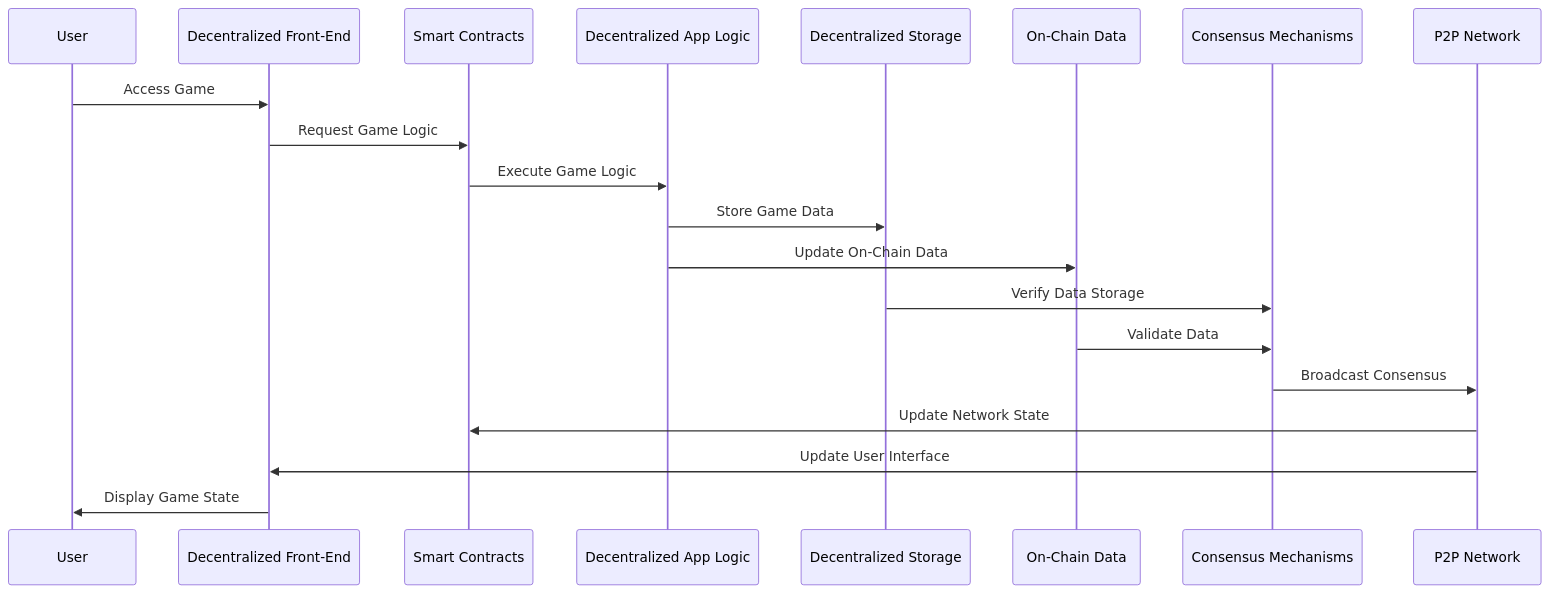
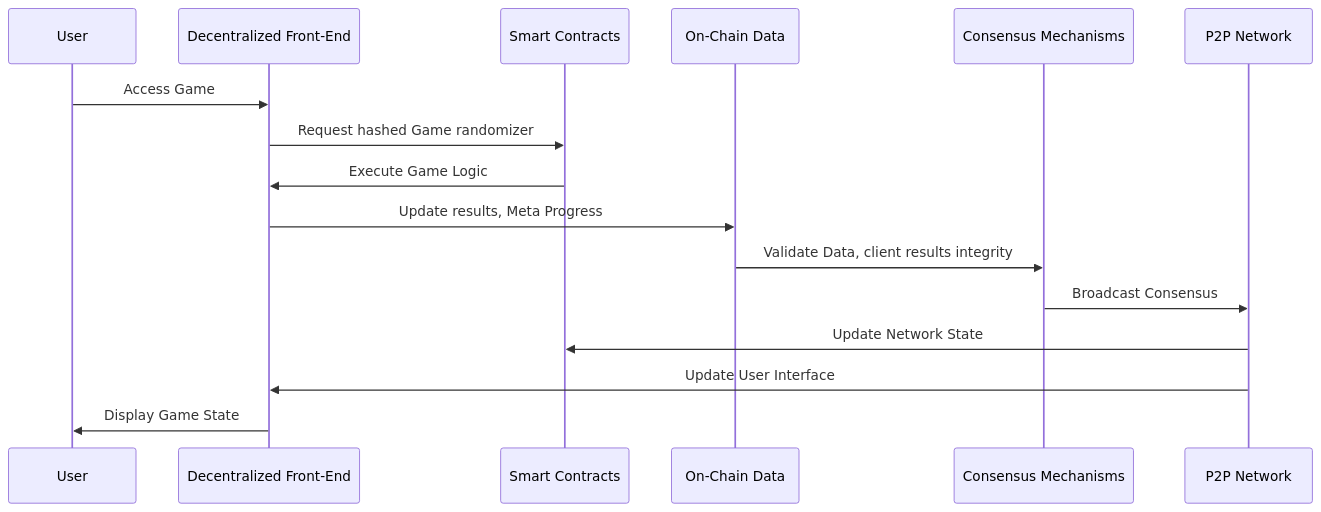
The third of 3 diagrams in README.md (OnChainSurvivor/OnChainSurvivor), drawn with Mermaid before and after one commit. The commit also changed other lines of this file and 3 other files, not shown here.

````diff
--- a/README.md
+++ b/README.md
@@ -141,23 +119,19 @@
 ```mermaid
 sequenceDiagram
     participant User
-    participant FrontEnd as Decentralized Front-End
+    participant Client as Decentralized Front-End
     participant SmartContract as Smart Contracts
-    participant AppLogic as Decentralized App Logic
-    participant Storage as Decentralized Storage
     participant OnChainData as On-Chain Data
     participant Consensus as Consensus Mechanisms
     participant P2P as P2P Network
 
-    User ->> FrontEnd: Access Game
-    FrontEnd ->> SmartContract: Request Game Logic
-    SmartContract ->> AppLogic: Execute Game Logic
-    AppLogic ->> Storage: Store Game Data
-    AppLogic ->> OnChainData: Update On-Chain Data
-    Storage ->> Consensus: Verify Data Storage
-    OnChainData ->> Consensus: Validate Data
+    User ->> Client: Access Game
+    Client ->> SmartContract: Request hashed Game randomizer
+    SmartContract ->> Client: Execute Game Logic
+    Client ->> OnChainData: Update results, Meta Progress
+    OnChainData ->> Consensus: Validate Data, client results integrity
     Consensus ->> P2P: Broadcast Consensus
     P2P ->> SmartContract: Update Network State
-    P2P ->> FrontEnd: Update User Interface
-    FrontEnd ->> User: Display Game State
+    P2P ->> Client: Update User Interface
+    Client ->> User: Display Game State
 ```
````
